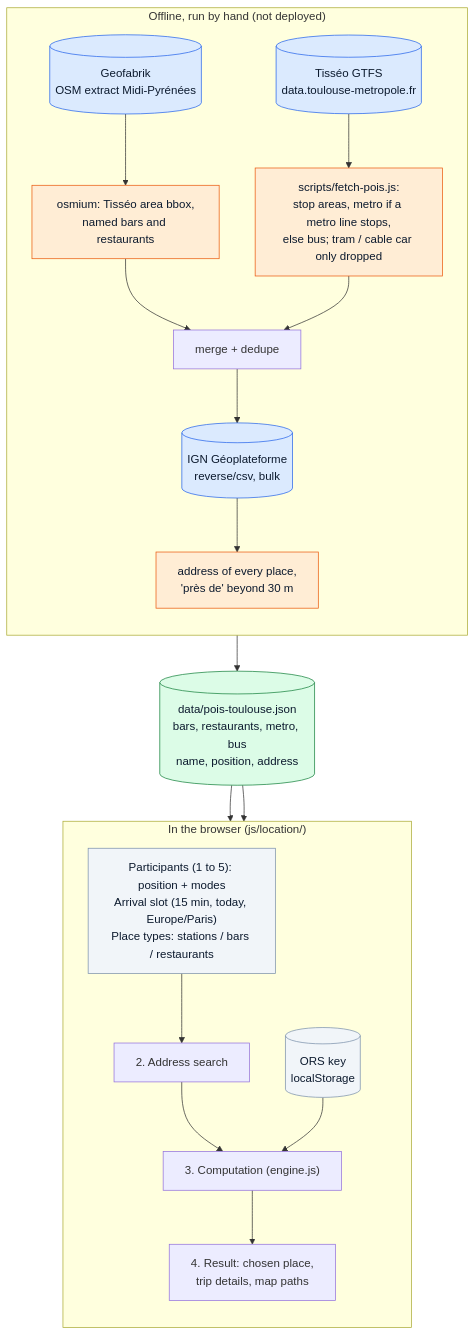
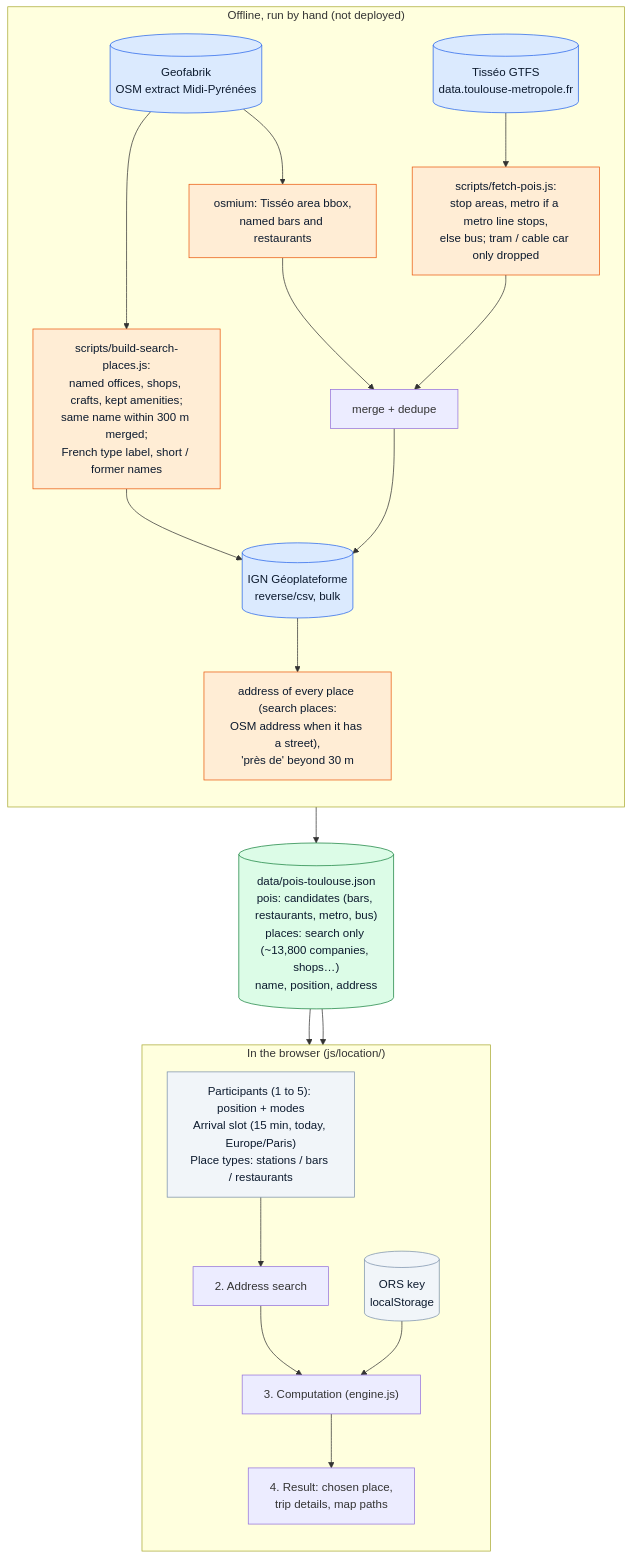
Before and after one commit to NicolasGresset/portfolio: the first of 4 diagrams in docs/location-pipeline.md, drawn with Mermaid. The commit also changed other lines of this file and 5 other files, not shown here.

First line of the commit message:
Search companies, shops and well-known places by name in the local data

````diff
--- a/docs/location-pipeline.md
+++ b/docs/location-pipeline.md
@@ -19,38 +19,41 @@
 ```mermaid
 flowchart TB
     classDef api fill:#DBEAFE,stroke:#2563EB,color:#0C1A2E
     classDef local fill:#DCFCE7,stroke:#15803D,color:#0C1A2E
     classDef algo fill:#FFEDD5,stroke:#EA580C,color:#0C1A2E
     classDef user fill:#F1F5F9,stroke:#7A90AA,color:#0C1A2E
 
     subgraph OFFLINE["Offline, run by hand (not deployed)"]
         direction TB
         GEOFABRIK[("Geofabrik<br/>OSM extract Midi-Pyrénées")]:::api
         OSMIUM["osmium: Tisséo area bbox,<br/>named bars and restaurants"]:::algo
+        OSMPLACES["scripts/build-search-places.js:<br/>named offices, shops, crafts, kept amenities;<br/>same name within 300 m merged;<br/>French type label, short / former names"]:::algo
         GTFS[("Tisséo GTFS<br/>data.toulouse-metropole.fr")]:::api
         STOPS["scripts/fetch-pois.js:<br/>stop areas, metro if a metro line stops,<br/>else bus; tram / cable car only dropped"]:::algo
         REVCSV[("IGN Géoplateforme<br/>reverse/csv, bulk")]:::api
-        ADDR["address of every place,<br/>'près de' beyond 30 m"]:::algo
+        ADDR["address of every place (search places:<br/>OSM address when it has a street),<br/>'près de' beyond 30 m"]:::algo
         GEOFABRIK --> OSMIUM
+        GEOFABRIK --> OSMPLACES
+        OSMPLACES --> REVCSV
         GTFS --> STOPS
         OSMIUM --> MERGE["merge + dedupe"]
         STOPS --> MERGE
         MERGE --> REVCSV --> ADDR
     end
 
-    ADDR --> DATA[("data/pois-toulouse.json<br/>bars, restaurants, metro, bus<br/>name, position, address")]:::local
+    ADDR --> DATA[("data/pois-toulouse.json<br/>pois: candidates (bars, restaurants, metro, bus)<br/>places: search only (~13,800 companies, shops…)<br/>name, position, address")]:::local
 
     subgraph BROWSER["In the browser (js/location/)"]
         direction TB
         KEY[("ORS key<br/>localStorage")]:::user
         INPUT["Participants (1 to 5): position + modes<br/>Arrival slot (15 min, today, Europe/Paris)<br/>Place types: stations / bars / restaurants"]:::user
         SEARCH["2. Address search"]
         ENGINE["3. Computation (engine.js)"]
         RESULT["4. Result: chosen place,<br/>trip details, map paths"]
         INPUT --> SEARCH --> ENGINE --> RESULT
         KEY --> ENGINE
     end
 
     DATA --> SEARCH
     DATA --> ENGINE
 ```
````
